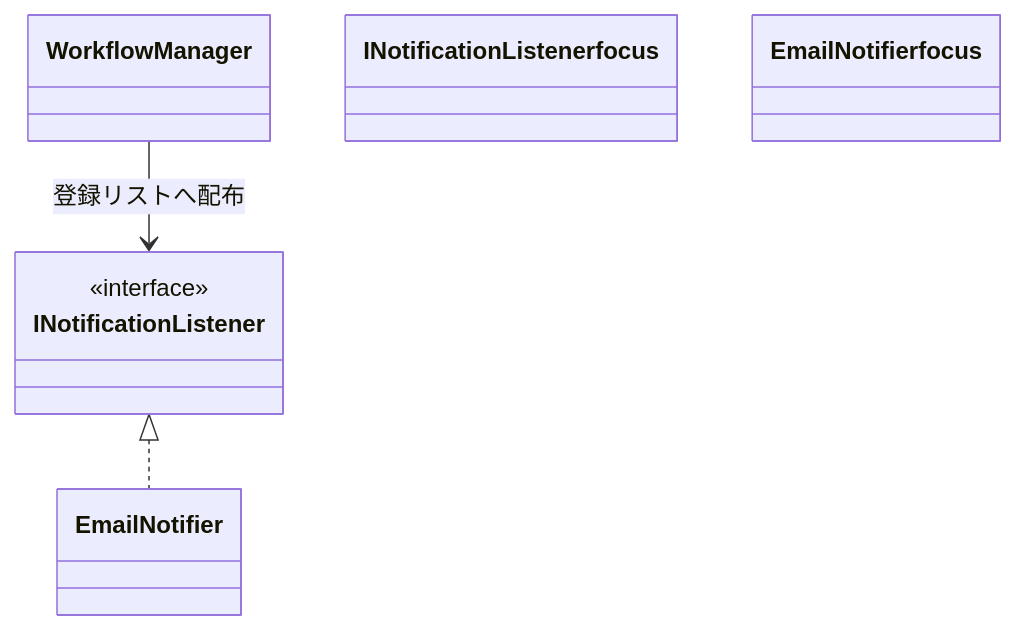
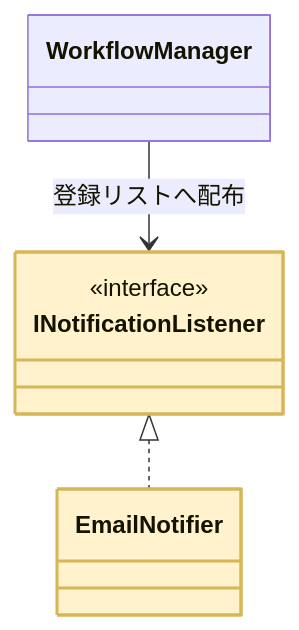
One commit to kumachan1101-pixel/DesignPattern changed diagram 16 of 23 in kindle/design-patterns/output/chapter12.md. Above: the diagram before and after it, drawn with Mermaid. The commit also changed other lines of this file and 15 other files, not shown here.

First line of the commit message:
全章classDiagram: phantom浮きクラスを生む着色構文 class X focus を :::focus へ修正（103箇所）

````diff
--- a/kindle/design-patterns/output/chapter12.md
+++ b/kindle/design-patterns/output/chapter12.md
@@ -1551,11 +1551,11 @@
 ```mermaid
 classDiagram
     class WorkflowManager
     class INotificationListener { <<interface>> }
     class EmailNotifier
     WorkflowManager --> INotificationListener : 登録リストへ配布
     INotificationListener <|.. EmailNotifier
-    class INotificationListener focus
-    class EmailNotifier focus
+    class INotificationListener:::focus
+    class EmailNotifier:::focus
     classDef focus fill:#FFF2CC,stroke:#D6B656,stroke-width:2px
 ```
````
